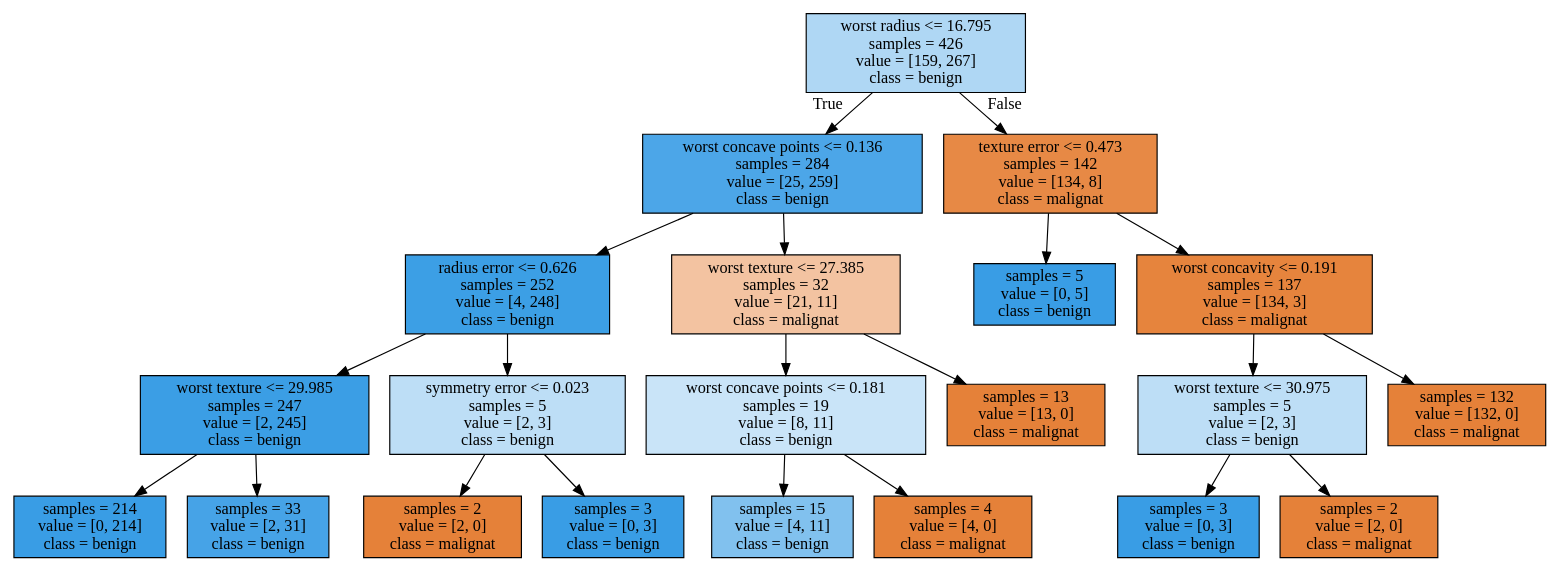
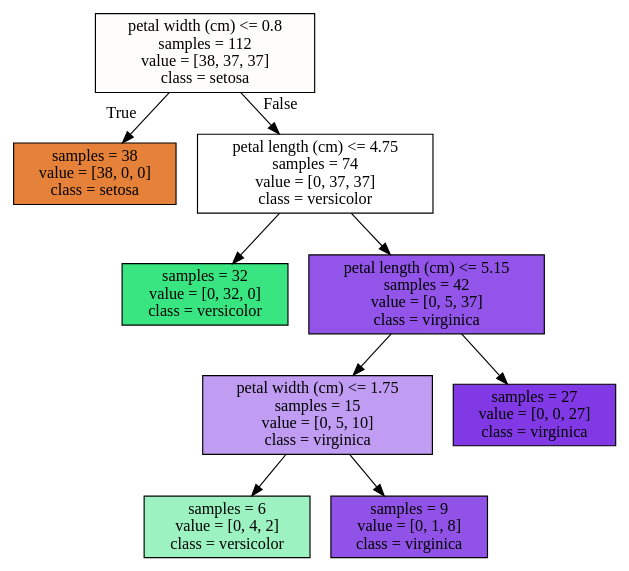
One commit to JaewonLee0217/LearningPython changed the diagram in Scikit_learn_JW/depMtree.dot. Above: the diagram before and after it, drawn with Graphviz. The commit also changed 4 other files, not shown here.

```diff
--- a/Scikit_learn_JW/depMtree.dot
+++ b/Scikit_learn_JW/depMtree.dot
@@ -1,44 +1,20 @@
 digraph Tree {
 node [shape=box, style="filled", color="black"] ;
-0 [label="worst radius <= 16.795\nsamples = 426\nvalue = [159, 267]\nclass = benign", fillcolor="#afd7f4"] ;
-1 [label="worst concave points <= 0.136\nsamples = 284\nvalue = [25, 259]\nclass = benign", fillcolor="#4ca6e8"] ;
+0 [label="petal width (cm) <= 0.8\nsamples = 112\nvalue = [38, 37, 37]\nclass = setosa", fillcolor="#fffdfc"] ;
+1 [label="samples = 38\nvalue = [38, 0, 0]\nclass = setosa", fillcolor="#e58139"] ;
 0 -> 1 [labeldistance=2.5, labelangle=45, headlabel="True"] ;
-2 [label="radius error <= 0.626\nsamples = 252\nvalue = [4, 248]\nclass = benign", fillcolor="#3c9fe5"] ;
-1 -> 2 ;
-3 [label="worst texture <= 29.985\nsamples = 247\nvalue = [2, 245]\nclass = benign", fillcolor="#3b9ee5"] ;
+2 [label="petal length (cm) <= 4.75\nsamples = 74\nvalue = [0, 37, 37]\nclass = versicolor", fillcolor="#ffffff"] ;
+0 -> 2 [labeldistance=2.5, labelangle=-45, headlabel="False"] ;
+3 [label="samples = 32\nvalue = [0, 32, 0]\nclass = versicolor", fillcolor="#39e581"] ;
 2 -> 3 ;
-4 [label="samples = 214\nvalue = [0, 214]\nclass = benign", fillcolor="#399de5"] ;
-3 -> 4 ;
-5 [label="samples = 33\nvalue = [2, 31]\nclass = benign", fillcolor="#46a3e7"] ;
-3 -> 5 ;
-6 [label="symmetry error <= 0.023\nsamples = 5\nvalue = [2, 3]\nclass = benign", fillcolor="#bddef6"] ;
-2 -> 6 ;
-7 [label="samples = 2\nvalue = [2, 0]\nclass = malignat", fillcolor="#e58139"] ;
-6 -> 7 ;
-8 [label="samples = 3\nvalue = [0, 3]\nclass = benign", fillcolor="#399de5"] ;
-6 -> 8 ;
-9 [label="worst texture <= 27.385\nsamples = 32\nvalue = [21, 11]\nclass = malignat", fillcolor="#f3c3a1"] ;
-1 -> 9 ;
-10 [label="worst concave points <= 0.181\nsamples = 19\nvalue = [8, 11]\nclass = benign", fillcolor="#c9e4f8"] ;
-9 -> 10 ;
-11 [label="samples = 15\nvalue = [4, 11]\nclass = benign", fillcolor="#81c1ee"] ;
-10 -> 11 ;
-12 [label="samples = 4\nvalue = [4, 0]\nclass = malignat", fillcolor="#e58139"] ;
-10 -> 12 ;
-13 [label="samples = 13\nvalue = [13, 0]\nclass = malignat", fillcolor="#e58139"] ;
-9 -> 13 ;
-14 [label="texture error <= 0.473\nsamples = 142\nvalue = [134, 8]\nclass = malignat", fillcolor="#e78945"] ;
-0 -> 14 [labeldistance=2.5, labelangle=-45, headlabel="False"] ;
-15 [label="samples = 5\nvalue = [0, 5]\nclass = benign", fillcolor="#399de5"] ;
-14 -> 15 ;
-16 [label="worst concavity <= 0.191\nsamples = 137\nvalue = [134, 3]\nclass = malignat", fillcolor="#e6843d"] ;
-14 -> 16 ;
-17 [label="worst texture <= 30.975\nsamples = 5\nvalue = [2, 3]\nclass = benign", fillcolor="#bddef6"] ;
-16 -> 17 ;
-18 [label="samples = 3\nvalue = [0, 3]\nclass = benign", fillcolor="#399de5"] ;
-17 -> 18 ;
-19 [label="samples = 2\nvalue = [2, 0]\nclass = malignat", fillcolor="#e58139"] ;
-17 -> 19 ;
-20 [label="samples = 132\nvalue = [132, 0]\nclass = malignat", fillcolor="#e58139"] ;
-16 -> 20 ;
+4 [label="petal length (cm) <= 5.15\nsamples = 42\nvalue = [0, 5, 37]\nclass = virginica", fillcolor="#9254e9"] ;
+2 -> 4 ;
+5 [label="petal width (cm) <= 1.75\nsamples = 15\nvalue = [0, 5, 10]\nclass = virginica", fillcolor="#c09cf2"] ;
+4 -> 5 ;
+6 [label="samples = 6\nvalue = [0, 4, 2]\nclass = versicolor", fillcolor="#9cf2c0"] ;
+5 -> 6 ;
+7 [label="samples = 9\nvalue = [0, 1, 8]\nclass = virginica", fillcolor="#9152e8"] ;
+5 -> 7 ;
+8 [label="samples = 27\nvalue = [0, 0, 27]\nclass = virginica", fillcolor="#8139e5"] ;
+4 -> 8 ;
 }
```
